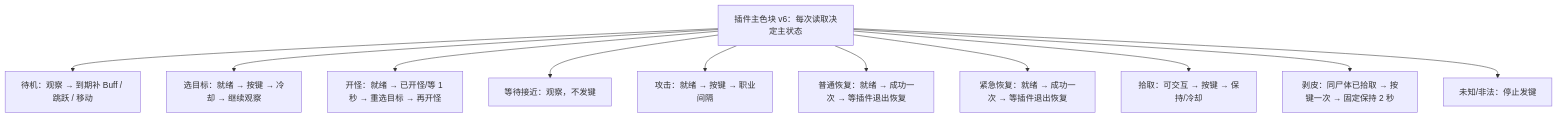
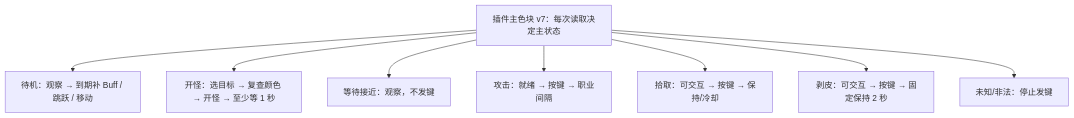
One commit to tfewfew/wow_tools changed the diagram in tools/wowAuto/README.md. Above: the diagram before and after it, drawn with Mermaid. The commit also changed other lines of this file and 18 other files, not shown here.

````diff
--- a/tools/wowAuto/README.md
+++ b/tools/wowAuto/README.md
@@ -289,14 +289,11 @@
 ```mermaid
 flowchart TD
-    P["插件主色块 v6：每次读取决定主状态"]
+    P["插件主色块 v7：每次读取决定主状态"]
     P --> I["待机：观察 → 到期补 Buff / 跳跃 / 移动"]
-    P --> T["选目标：就绪 → 按键 → 冷却 → 继续观察"]
-    P --> O["开怪：就绪 → 已开怪/等 1 秒 → 重选目标 → 再开怪"]
+    P --> O["开怪：选目标 → 复查颜色 → 开怪 → 至少等 1 秒"]
     P --> W["等待接近：观察，不发键"]
     P --> C["攻击：就绪 → 按键 → 职业间隔"]
-    P --> R["普通恢复：就绪 → 成功一次 → 等插件退出恢复"]
-    P --> E["紧急恢复：就绪 → 成功一次 → 等插件退出恢复"]
     P --> L["拾取：可交互 → 按键 → 保持/冷却"]
-    P --> S["剥皮：同尸体已拾取 → 按键一次 → 固定保持 2 秒"]
+    P --> S["剥皮：可交互 → 按键 → 固定保持 2 秒"]
     P --> U["未知/非法：停止发键"]
 ```
````
